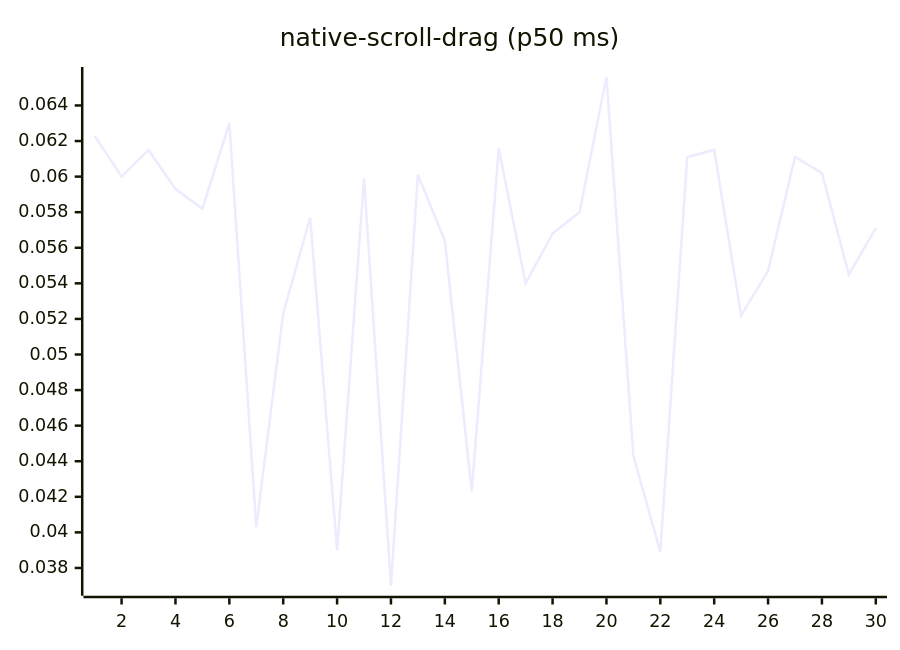
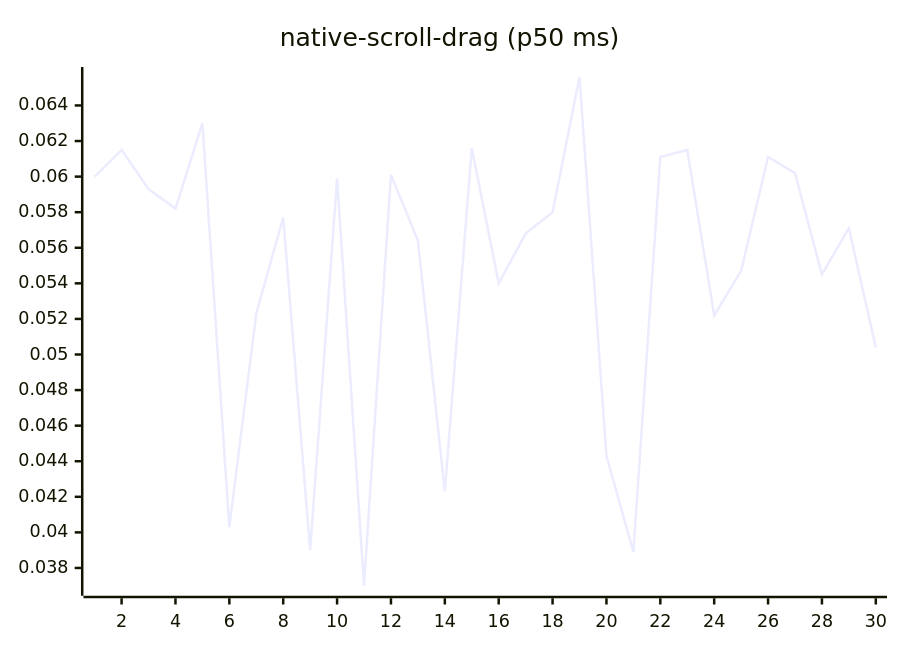
One commit to josha/Facet changed diagram 14 of 27 in README.md. Above: the diagram before and after it, drawn with Mermaid. The commit also changed other lines of this file and 2 other files, not shown here.

````diff
--- a/README.md
+++ b/README.md
@@ -154,6 +154,6 @@
 ```mermaid
 xychart-beta
     title "native-scroll-drag (p50 ms)"
     x-axis 1 --> 30
-    line [0.0623, 0.0600, 0.0615, 0.0593, 0.0582, 0.0630, 0.0403, 0.0523, 0.0577, 0.0390, 0.0599, 0.0370, 0.0601, 0.0564, 0.0423, 0.0616, 0.0540, 0.0568, 0.0580, 0.0656, 0.0443, 0.0389, 0.0611, 0.0615, 0.0522, 0.0547, 0.0611, 0.0602, 0.0545, 0.0571]
+    line [0.0600, 0.0615, 0.0593, 0.0582, 0.0630, 0.0403, 0.0523, 0.0577, 0.0390, 0.0599, 0.0370, 0.0601, 0.0564, 0.0423, 0.0616, 0.0540, 0.0568, 0.0580, 0.0656, 0.0443, 0.0389, 0.0611, 0.0615, 0.0522, 0.0547, 0.0611, 0.0602, 0.0545, 0.0571, 0.0504]
 ```
````
